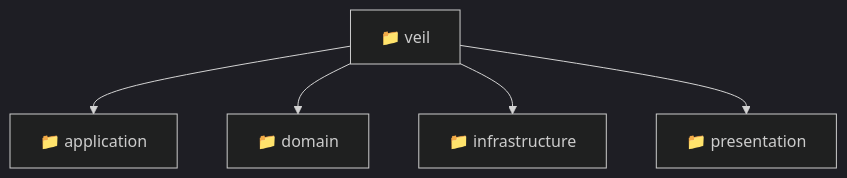
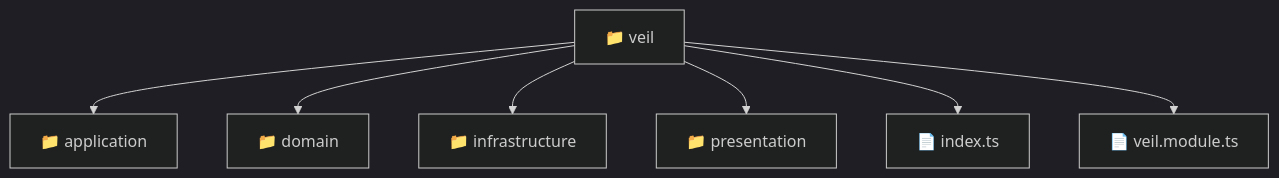
Before and after one commit to beginwebdev2002/fullstack-mavluda: the diagram in backend/src/modules/veil/README.md, drawn with Mermaid (dark theme). The commit also changed other lines of this file and 157 other files, not shown here.

First line of the commit message:
docs: generate localized readmes for architectural transparency

````diff
--- a/backend/src/modules/veil/README.md
+++ b/backend/src/modules/veil/README.md
@@ -9,8 +11,10 @@
 ```mermaid
 graph TD
   veil["📁 veil"]
-  veil --> application["📁 application"]
-  veil --> domain["📁 domain"]
-  veil --> infrastructure["📁 infrastructure"]
-  veil --> presentation["📁 presentation"]
+  veil --> veil_application["📁 application"]
+  veil --> veil_domain["📁 domain"]
+  veil --> veil_infrastructure["📁 infrastructure"]
+  veil --> veil_presentation["📁 presentation"]
+  veil --> veil_index_ts["📄 index.ts"]
+  veil --> veil_veil_module_ts["📄 veil.module.ts"]
 ```
````
